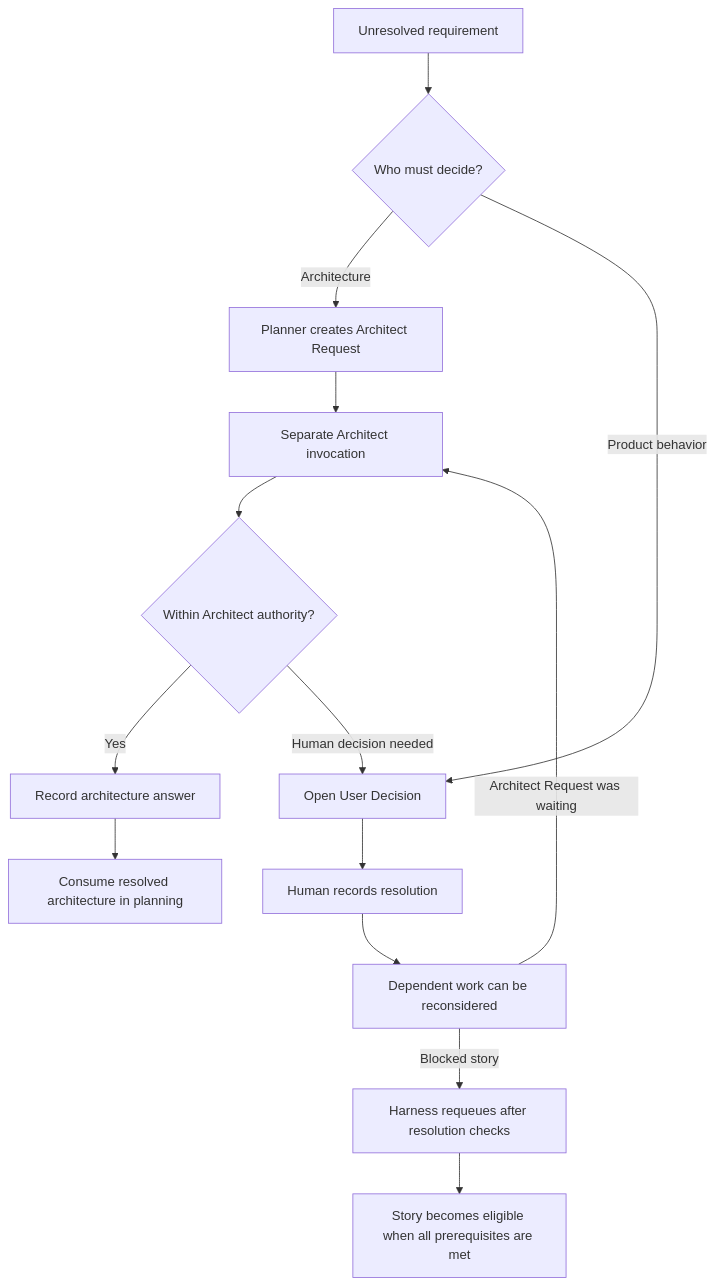
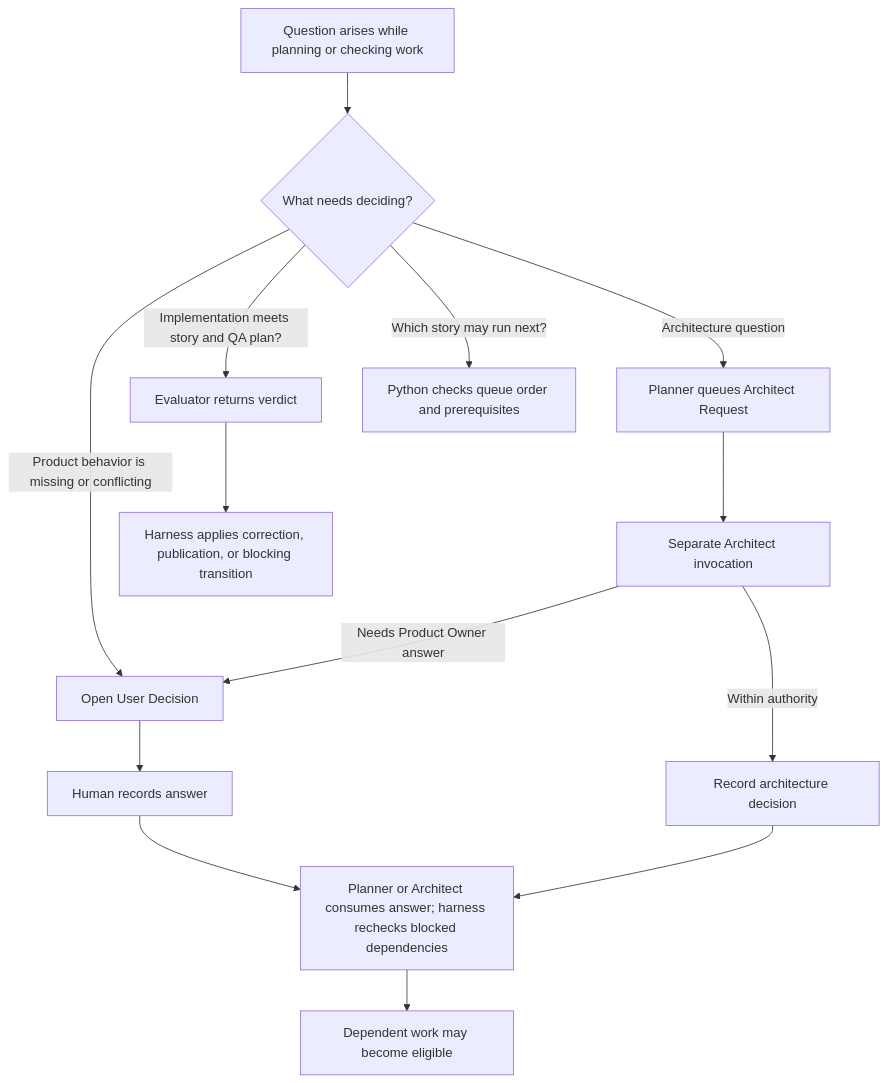
One commit to Nebettadjsr/GW2 changed the second of 4 diagrams in agent/docs/WORKFLOW_DIAGRAMS.md. Above: the diagram before and after it, drawn with Mermaid. The commit also changed other lines of this file and 4 other files, not shown here.

````diff
--- a/agent/docs/WORKFLOW_DIAGRAMS.md
+++ b/agent/docs/WORKFLOW_DIAGRAMS.md
@@ -87,16 +37,16 @@
 ```mermaid
-flowchart TD
-    A[Unresolved requirement] --> B{Who must decide?}
-    B -->|Architecture| C[Planner creates Architect Request]
-    C --> D[Separate Architect invocation]
-    D --> E{Within Architect authority?}
-    E -->|Yes| F[Record architecture answer]
-    E -->|Human decision needed| G[Open User Decision]
-    B -->|Product behavior| G
-    G --> H[Human records resolution]
-    H --> I[Dependent work can be reconsidered]
-    I -->|Architect Request was waiting| D
-    F --> J[Consume resolved architecture in planning]
-    I -->|Blocked story| K[Harness requeues after resolution checks]
-    K --> L[Story becomes eligible when all prerequisites are met]
+flowchart TB
+    R[Question arises while planning or checking work] --> KIND{What needs deciding?}
+    KIND -->|Product behavior is missing or conflicting| UD[Open User Decision]
+    UD --> H[Human records answer]
+    KIND -->|Architecture question| AR[Planner queues Architect Request]
+    AR --> A[Separate Architect invocation]
+    A -->|Within authority| AD[Record architecture decision]
+    A -->|Needs Product Owner answer| UD
+    H --> DEP[Planner or Architect consumes answer; harness rechecks blocked dependencies]
+    AD --> DEP
+    KIND -->|Implementation meets story and QA plan?| E[Evaluator returns verdict]
+    E --> T[Harness applies correction, publication, or blocking transition]
+    KIND -->|Which story may run next?| S[Python checks queue order and prerequisites]
+    DEP --> READY[Dependent work may become eligible]
 ```
````
